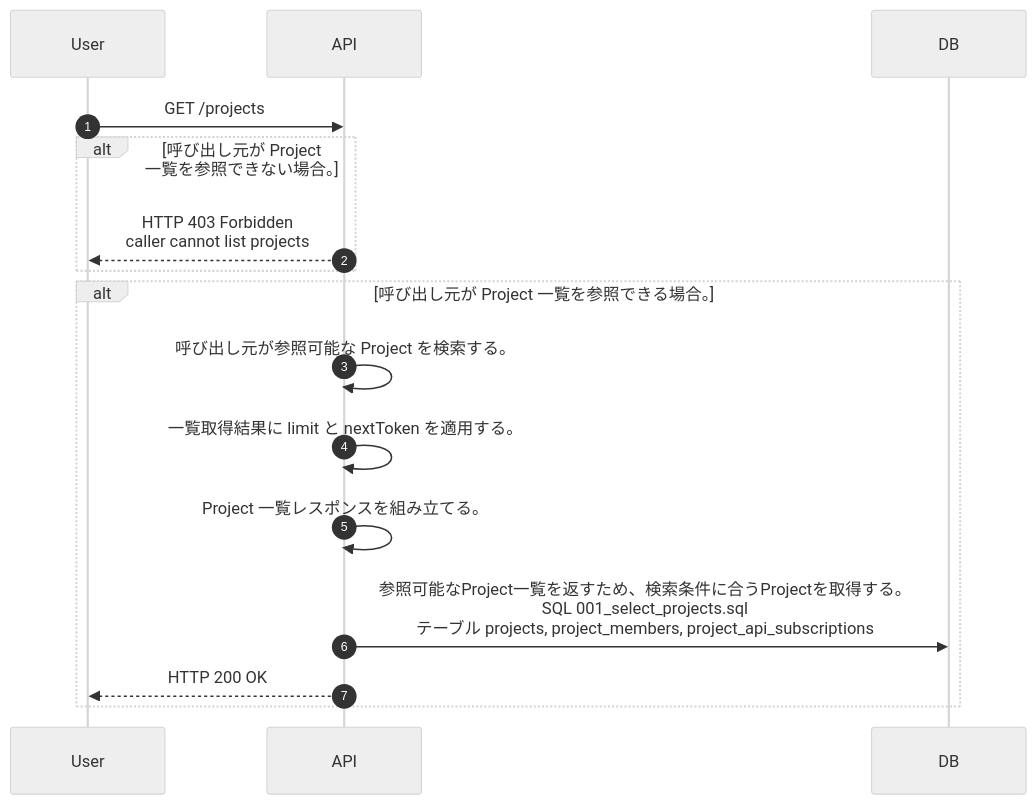
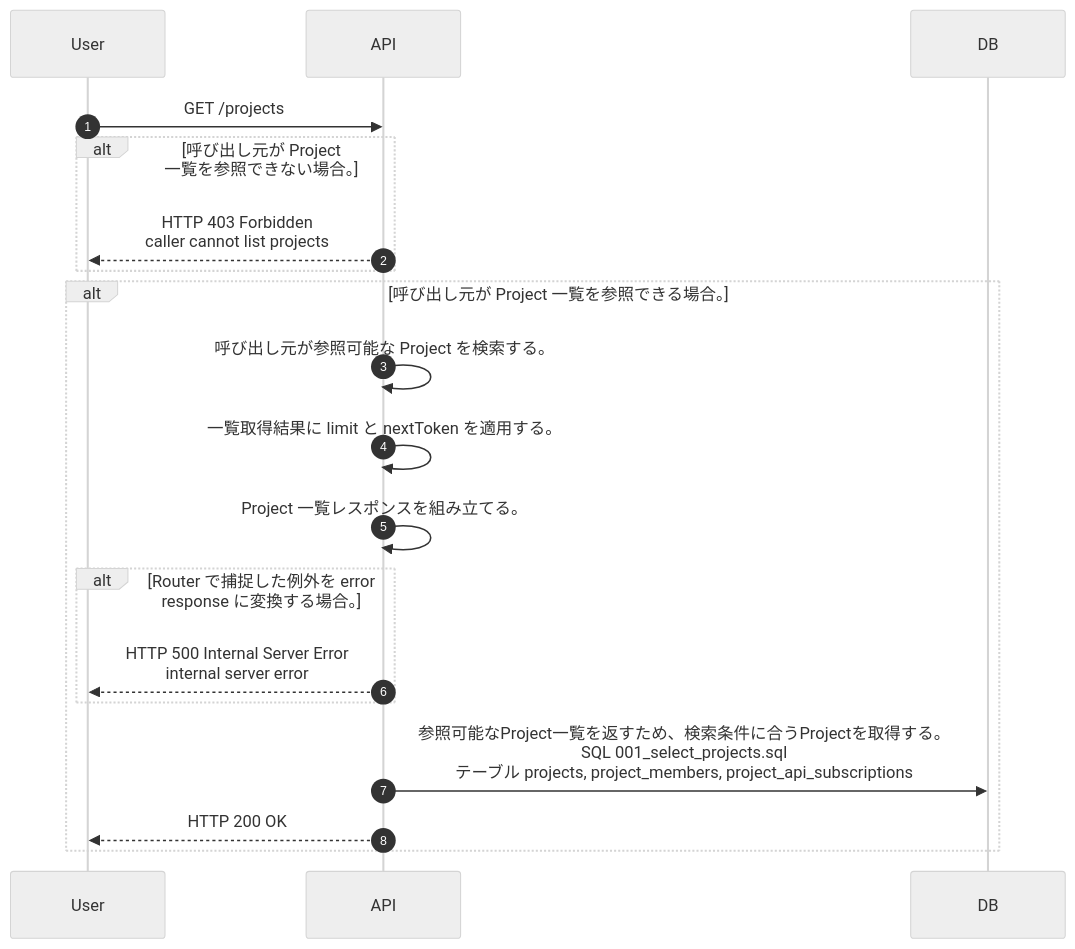
Before and after one commit to tsuji-tomonori/lazunex: the diagram in docs/spec/40.apis/projects/list_projects/sequence_gen.md, drawn with Mermaid (neutral theme). The commit also changed 31 other files, not shown here.

````diff
--- a/docs/spec/40.apis/projects/list_projects/sequence_gen.md
+++ b/docs/spec/40.apis/projects/list_projects/sequence_gen.md
@@ -5,18 +5,21 @@
 ```mermaid
 sequenceDiagram
   autonumber
   participant User as User
   participant API as API
   participant DB as DB
   User->>API: GET /projects
   alt 呼び出し元が Project 一覧を参照できない場合。
     API-->>User: HTTP 403 Forbidden<br/>caller cannot list projects
   end
   alt 呼び出し元が Project 一覧を参照できる場合。
     API->>API: 呼び出し元が参照可能な Project を検索する。
     API->>API: 一覧取得結果に limit と nextToken を適用する。
     API->>API: Project 一覧レスポンスを組み立てる。
+    alt Router で捕捉した例外を error response に変換する場合。
+      API-->>User: HTTP 500 Internal Server Error<br/>internal server error
+    end
     API->>DB: 参照可能なProject一覧を返すため、検索条件に合うProjectを取得する。<br/>SQL 001_select_projects.sql<br/>テーブル projects, project_members, project_api_subscriptions
     API-->>User: HTTP 200 OK
   end
 ```
````
